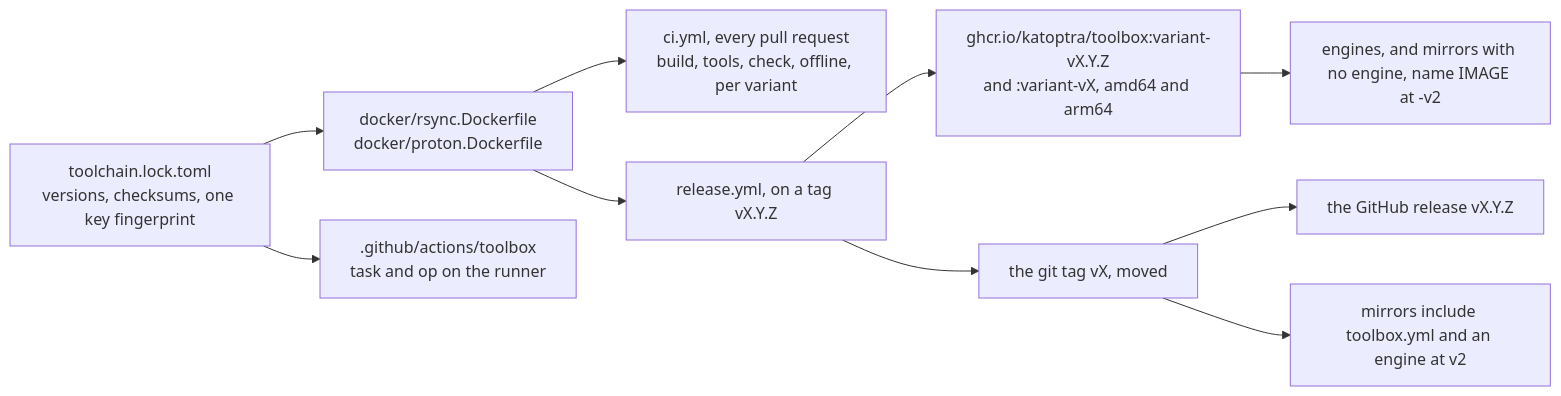
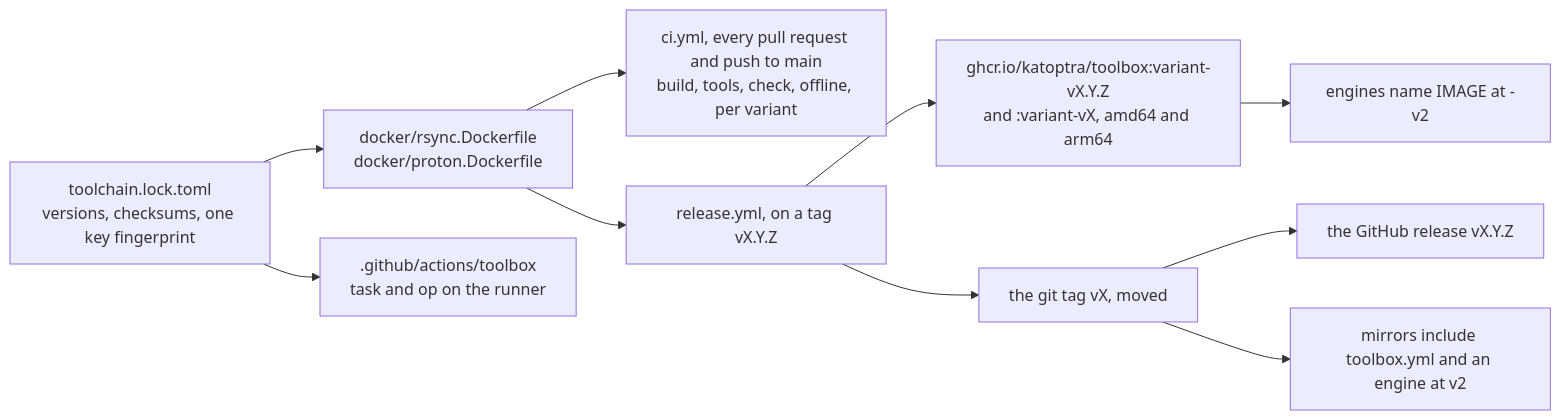
Before and after one commit to katoptra/lib: diagram 11 of 12 in README.md, drawn with Mermaid. The commit also changed other lines of this file and 3 other files, not shown here.

````diff
--- a/README.md
+++ b/README.md
@@ -701,12 +1037,12 @@
 ```mermaid
 flowchart LR
   lock["toolchain.lock.toml<br/>versions, checksums, one key fingerprint"] --> df["docker/rsync.Dockerfile<br/>docker/proton.Dockerfile"]
   lock --> act[".github/actions/toolbox<br/>task and op on the runner"]
-  df --> ci["ci.yml, every pull request<br/>build, tools, check, offline, per variant"]
+  df --> ci["ci.yml, every pull request and push to main<br/>build, tools, check, offline, per variant"]
   df --> rel["release.yml, on a tag vX.Y.Z"]
   rel --> ghcr["ghcr.io/katoptra/toolbox:variant-vX.Y.Z<br/>and :variant-vX, amd64 and arm64"]
   rel --> tag["the git tag vX, moved"]
   tag --> gr["the GitHub release vX.Y.Z"]
   tag --> inc["mirrors include toolbox.yml and an engine at v2"]
-  ghcr --> img["engines, and mirrors with no engine, name IMAGE at -v2"]
+  ghcr --> img["engines name IMAGE at -v2"]
 ```
````
